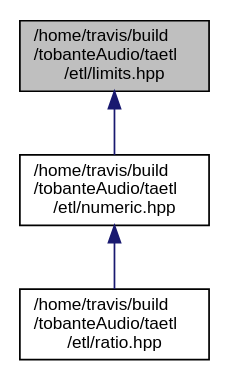
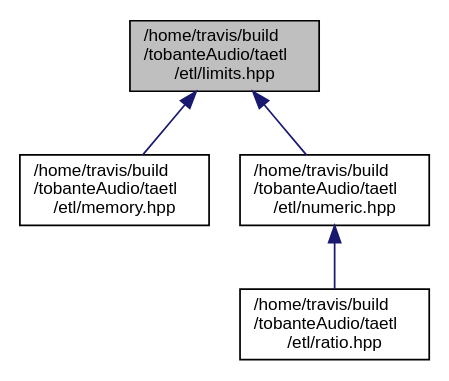
Before and after one commit to tobanteAudio/taetl: the diagram in limits_8hpp__dep__incl.dot, drawn with Graphviz. The commit also changed 113 other files, not shown here.

Commit message:
Deploy tobanteAudio/taetl to github.com/tobanteAudio/taetl.git:gh-pages

```diff
--- a/limits_8hpp__dep__incl.dot
+++ b/limits_8hpp__dep__incl.dot
@@ -1,10 +1,12 @@
 digraph "/home/travis/build/tobanteAudio/taetl/etl/limits.hpp"
 {
   edge [fontname="Helvetica",fontsize="10",labelfontname="Helvetica",labelfontsize="10"];
   node [fontname="Helvetica",fontsize="10",shape=record];
   Node9 [label="/home/travis/build\l/tobanteAudio/taetl\l/etl/limits.hpp",height=0.2,width=0.4,color="black", fillcolor="grey75", style="filled", fontcolor="black"];
   Node9 -> Node10 [dir="back",color="midnightblue",fontsize="10",style="solid",fontname="Helvetica"];
-  Node10 [label="/home/travis/build\l/tobanteAudio/taetl\l/etl/numeric.hpp",height=0.2,width=0.4,color="black", fillcolor="white", style="filled",URL="$numeric_8hpp.html"];
-  Node10 -> Node11 [dir="back",color="midnightblue",fontsize="10",style="solid",fontname="Helvetica"];
-  Node11 [label="/home/travis/build\l/tobanteAudio/taetl\l/etl/ratio.hpp",height=0.2,width=0.4,color="black", fillcolor="white", style="filled",URL="$ratio_8hpp.html"];
+  Node10 [label="/home/travis/build\l/tobanteAudio/taetl\l/etl/memory.hpp",height=0.2,width=0.4,color="black", fillcolor="white", style="filled",URL="$memory_8hpp.html"];
+  Node9 -> Node11 [dir="back",color="midnightblue",fontsize="10",style="solid",fontname="Helvetica"];
+  Node11 [label="/home/travis/build\l/tobanteAudio/taetl\l/etl/numeric.hpp",height=0.2,width=0.4,color="black", fillcolor="white", style="filled",URL="$numeric_8hpp.html"];
+  Node11 -> Node12 [dir="back",color="midnightblue",fontsize="10",style="solid",fontname="Helvetica"];
+  Node12 [label="/home/travis/build\l/tobanteAudio/taetl\l/etl/ratio.hpp",height=0.2,width=0.4,color="black", fillcolor="white", style="filled",URL="$ratio_8hpp.html"];
 }
```
